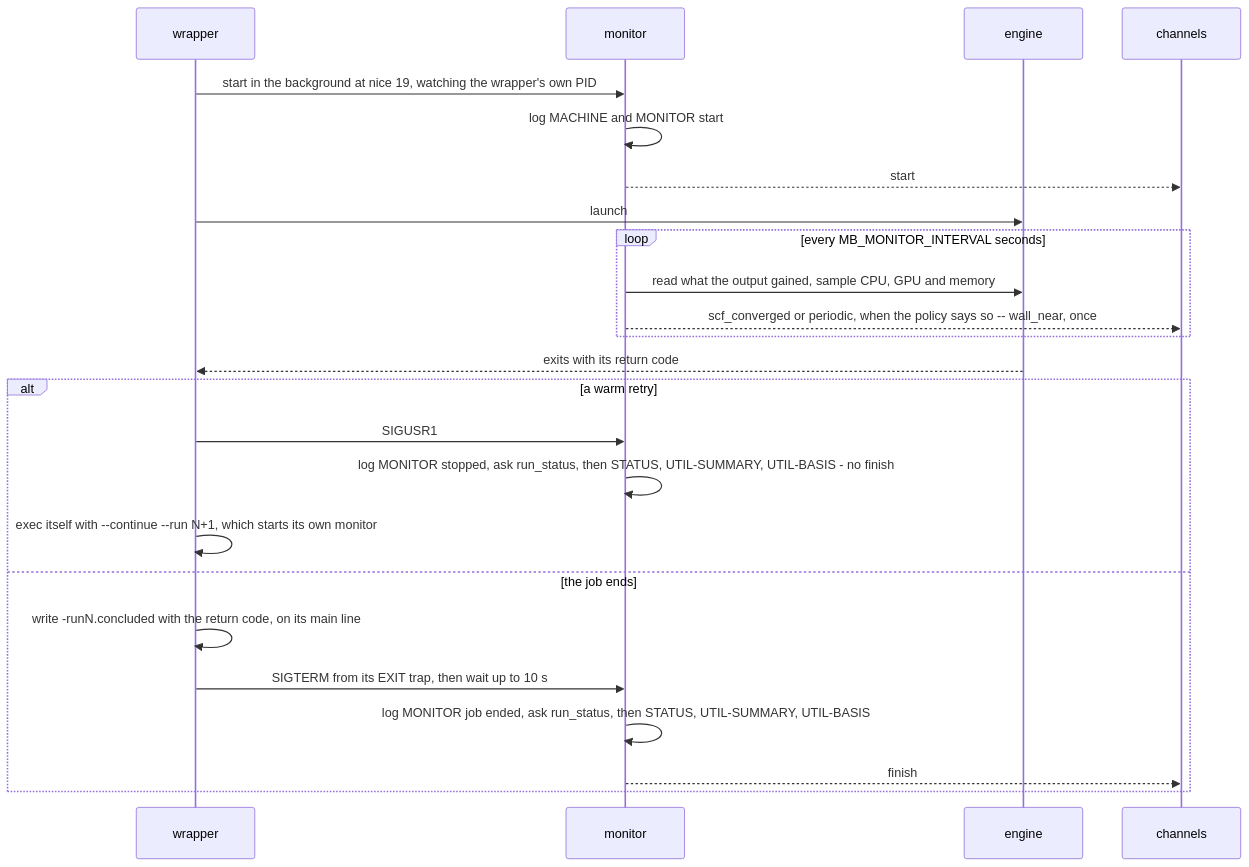
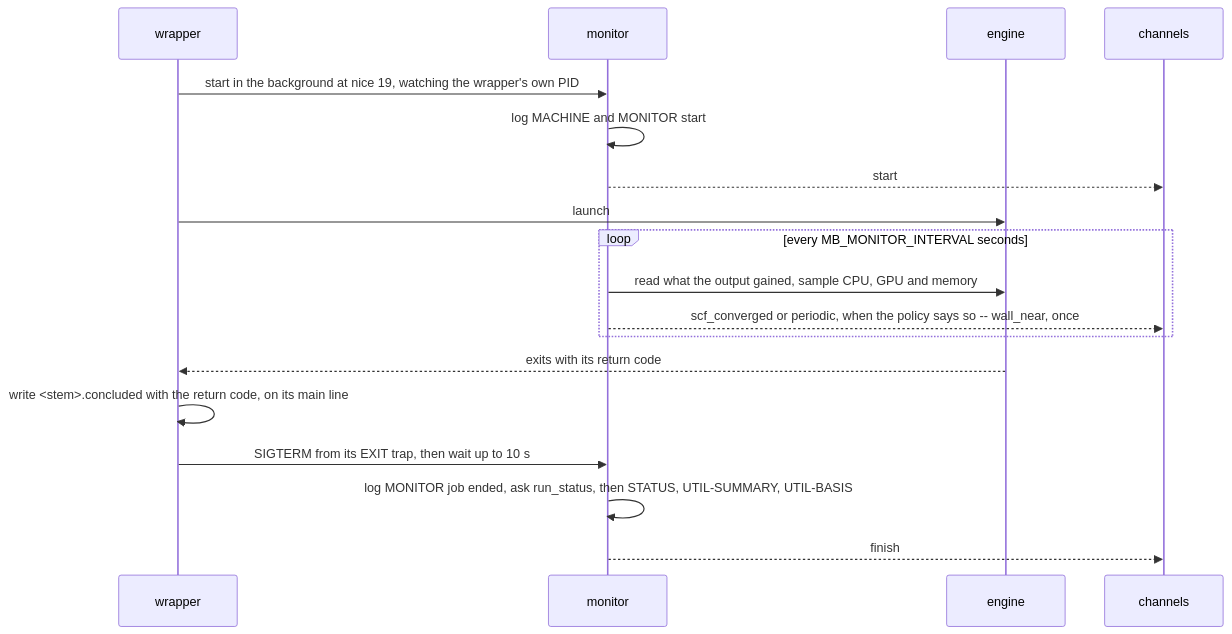
Before and after one commit to Qing-LAB/molbuilder: the second of 3 diagrams in docs/execution/run-reports.md, drawn with Mermaid. The commit also changed other lines of this file and 122 other files, not shown here.

First line of the commit message:
2.60.0: a run is one start — the in-place retry and the try counter removed

````diff
--- a/docs/execution/run-reports.md
+++ b/docs/execution/run-reports.md
@@ -342,26 +337,20 @@
 ```mermaid
 sequenceDiagram
     participant W as wrapper
     participant M as monitor
     participant E as engine
     participant C as channels
     W->>M: start in the background at nice 19, watching the wrapper's own PID
     M->>M: log MACHINE and MONITOR start
     M-->>C: start
     W->>E: launch
     loop every MB_MONITOR_INTERVAL seconds
         M->>E: read what the output gained, sample CPU, GPU and memory
         M-->>C: scf_converged or periodic, when the policy says so -- wall_near, once
     end
     E-->>W: exits with its return code
-    alt a warm retry
-        W->>M: SIGUSR1
-        M->>M: log MONITOR stopped, ask run_status, then STATUS, UTIL-SUMMARY, UTIL-BASIS - no finish
-        W->>W: exec itself with --continue --run N+1, which starts its own monitor
-    else the job ends
-        W->>W: write -runN.concluded with the return code, on its main line
-        W->>M: SIGTERM from its EXIT trap, then wait up to 10 s
-        M->>M: log MONITOR job ended, ask run_status, then STATUS, UTIL-SUMMARY, UTIL-BASIS
-        M-->>C: finish
-    end
+    W->>W: write <stem>.concluded with the return code, on its main line
+    W->>M: SIGTERM from its EXIT trap, then wait up to 10 s
+    M->>M: log MONITOR job ended, ask run_status, then STATUS, UTIL-SUMMARY, UTIL-BASIS
+    M-->>C: finish
 ```
````
